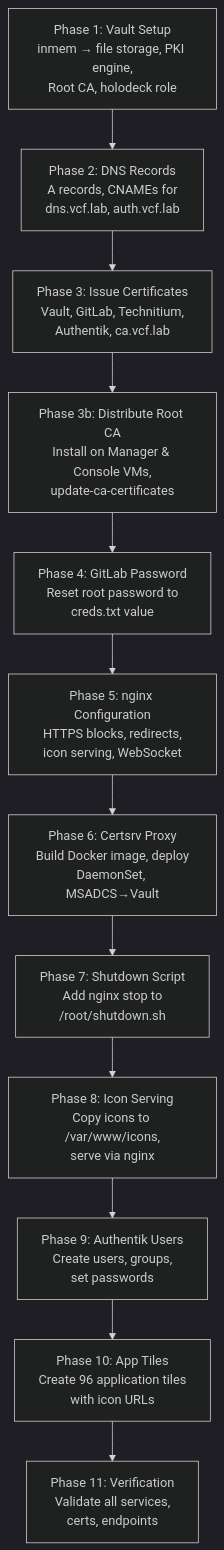
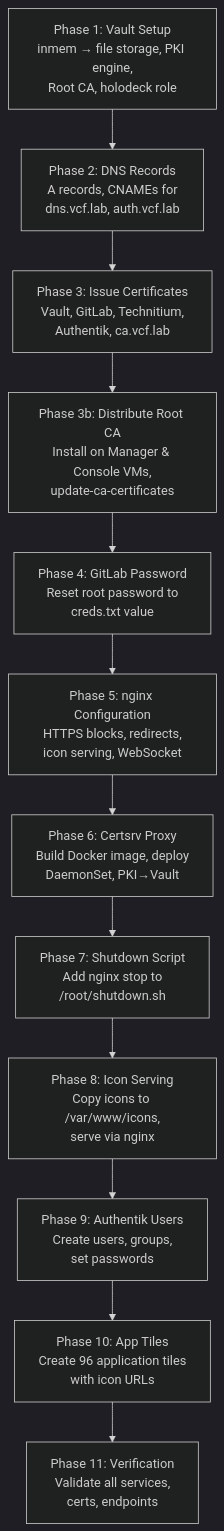
The fourth of 6 diagrams in Tools/holorouter/README.md (Broadcom/HOLFY27-MGR-HOLUSER), drawn with Mermaid (dark theme) before and after one commit. The commit also changed other lines of this file and 6 other files, not shown here.

Commit message:
Update certsrv proxy files

````diff
--- a/Tools/holorouter/README.md
+++ b/Tools/holorouter/README.md
@@ -195,17 +195,17 @@
 ```mermaid
 flowchart TD
     P1["Phase 1: Vault Setup<br/>inmem → file storage, PKI engine,<br/>Root CA, holodeck role"]
     P2["Phase 2: DNS Records<br/>A records, CNAMEs for<br/>dns.vcf.lab, auth.vcf.lab"]
     P3["Phase 3: Issue Certificates<br/>Vault, GitLab, Technitium,<br/>Authentik, ca.vcf.lab"]
     P3B["Phase 3b: Distribute Root CA<br/>Install on Manager &amp; Console VMs,<br/>update-ca-certificates"]
     P4["Phase 4: GitLab Password<br/>Reset root password to<br/>creds.txt value"]
     P5["Phase 5: nginx Configuration<br/>HTTPS blocks, redirects,<br/>icon serving, WebSocket"]
-    P6["Phase 6: Certsrv Proxy<br/>Build Docker image, deploy<br/>DaemonSet, MSADCS→Vault"]
+    P6["Phase 6: Certsrv Proxy<br/>Build Docker image, deploy<br/>DaemonSet, PKI→Vault"]
     P7["Phase 7: Shutdown Script<br/>Add nginx stop to<br/>/root/shutdown.sh"]
     P8["Phase 8: Icon Serving<br/>Copy icons to /var/www/icons,<br/>serve via nginx"]
     P9["Phase 9: Authentik Users<br/>Create users, groups,<br/>set passwords"]
     P10["Phase 10: App Tiles<br/>Create 96 application tiles<br/>with icon URLs"]
     P11["Phase 11: Verification<br/>Validate all services,<br/>certs, endpoints"]
 
     P1 --> P2 --> P3 --> P3B --> P4 --> P5 --> P6 --> P7 --> P8 --> P9 --> P10 --> P11
 ```
````
